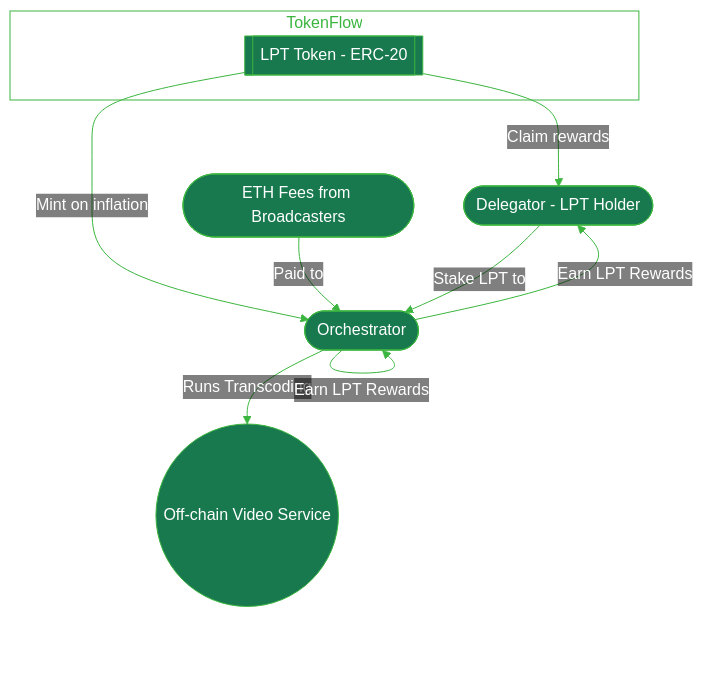
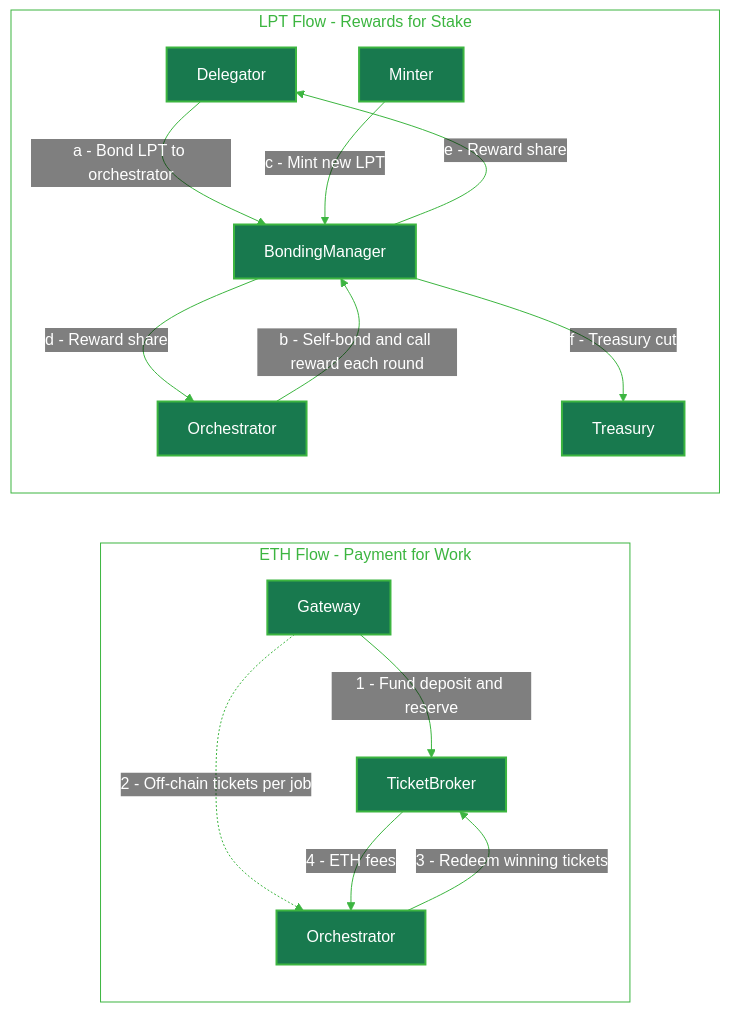
Before and after one commit to livepeer/docs: the diagram in v2/about/protocol/livepeer-token.mdx, drawn with Mermaid. The commit also changed other lines of this file and 1229 other files, not shown here.

````diff
--- a/v2/about/protocol/livepeer-token.mdx
+++ b/v2/about/protocol/livepeer-token.mdx
@@ -183,14 +125,31 @@
 ```mermaid
 %%{init: {'theme': 'base', 'themeVariables': {'primaryColor': '#18794E', 'primaryTextColor': '#fff', 'primaryBorderColor': '#3CB540', 'lineColor': '#3CB540', 'mainBkg': '#18794E', 'nodeBorder': '#3CB540', 'clusterBkg': 'transparent', 'clusterBorder': '#3CB540', 'titleColor': '#3CB540', 'edgeLabelBackground': 'transparent', 'textColor': '#3CB540', 'nodeTextColor': '#fff'}}}%%
-flowchart TB
-D([Delegator - LPT Holder]) -->|Stake LPT to| O([Orchestrator])
-O -->|Runs Transcoding| Process((Off-chain Video Service))
-O -->|Earn LPT Rewards| D
-O -->|Earn LPT Rewards| O
-FeePaid([ETH Fees from Broadcasters]) -->|Paid to| O
-subgraph TokenFlow
-LPTContract[[LPT Token - ERC-20]]
-end
-LPTContract -->|Mint on inflation| O
-LPTContract -->|Claim rewards| D
+flowchart LR
+    classDef default stroke-width:2px
+
+    subgraph ETHFlow["ETH Flow - Payment for Work"]
+        Gateway[Gateway]
+        TicketBroker[TicketBroker]
+        Orchestrator1[Orchestrator]
+    end
+
+    subgraph LPTFlow["LPT Flow - Rewards for Stake"]
+        Delegator[Delegator]
+        BondingManager[BondingManager]
+        Minter[Minter]
+        Treasury[Treasury]
+        Orchestrator2[Orchestrator]
+    end
+
+    Gateway -->|"1 - Fund deposit and reserve"| TicketBroker
+    Gateway -.->|"2 - Off-chain tickets per job"| Orchestrator1
+    Orchestrator1 -->|"3 - Redeem winning tickets"| TicketBroker
+    TicketBroker -->|"4 - ETH fees"| Orchestrator1
+
+    Delegator -->|"a - Bond LPT to orchestrator"| BondingManager
+    Orchestrator2 -->|"b - Self-bond and call reward each round"| BondingManager
+    Minter -->|"c - Mint new LPT"| BondingManager
+    BondingManager -->|"d - Reward share"| Orchestrator2
+    BondingManager -->|"e - Reward share"| Delegator
+    BondingManager -->|"f - Treasury cut"| Treasury
 ```
````
